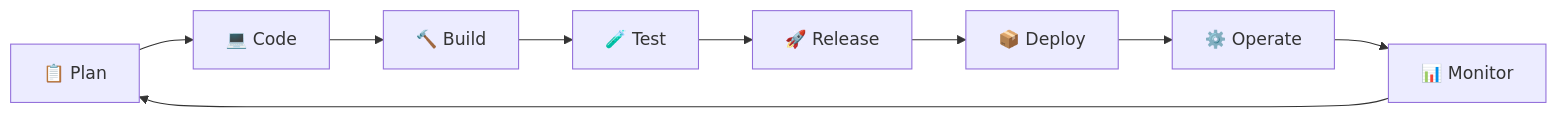
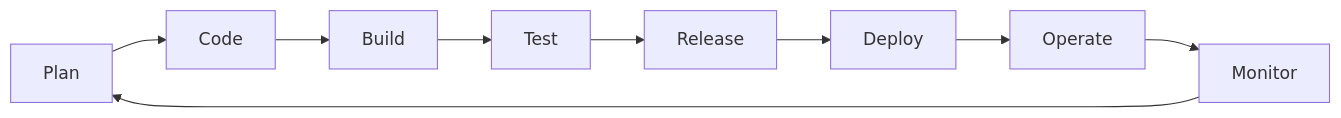
Before and after one commit to Shivprasad-Suryakar/Shivprasad-Suryakar: the diagram in README.md, drawn with Mermaid.

Commit message:
Fix DevOps lifecycle Mermaid diagram

````diff
--- a/README.md
+++ b/README.md
@@ -86,11 +85,11 @@
 ```mermaid
 flowchart LR
-    Plan["📋 Plan"] --> Code["💻 Code"]
-    Code --> Build["🔨 Build"]
-    Build --> Test["🧪 Test"]
-    Test --> Release["🚀 Release"]
-    Release --> Deploy["📦 Deploy"]
-    Deploy --> Operate["⚙️ Operate"]
-    Operate --> Monitor["📊 Monitor"]
-    Monitor --> Plan
+    A[Plan] --> B[Code]
+    B --> C[Build]
+    C --> D[Test]
+    D --> E[Release]
+    E --> F[Deploy]
+    F --> G[Operate]
+    G --> H[Monitor]
+    H --> A
 ```
````
